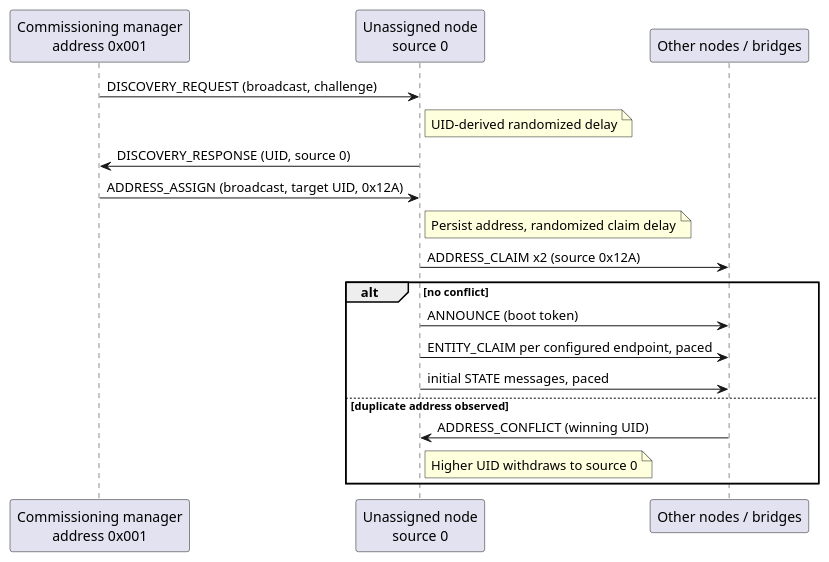
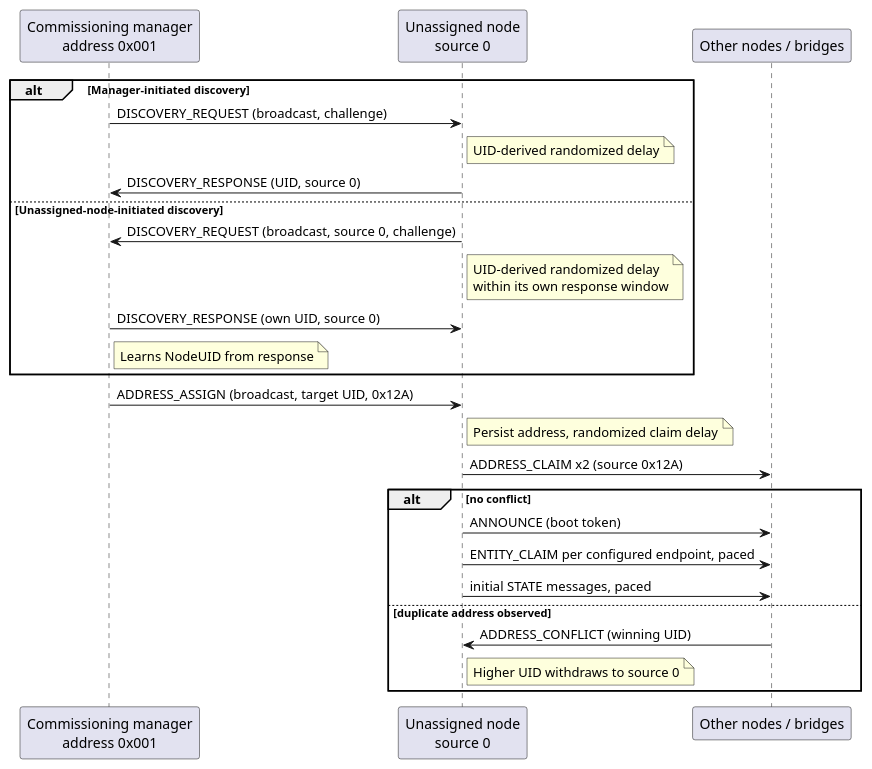
Before and after one commit to morbic/esphome-hacan: the diagram in docs/protocol/overview/commissioning.puml, drawn with PlantUML. The commit also changed 9 other files, not shown here.

First line of the commit message:
Allow unassigned nodes to initiate discovery with broadcast request

```diff
--- a/docs/protocol/overview/commissioning.puml
+++ b/docs/protocol/overview/commissioning.puml
@@ -1,22 +1,29 @@
 @startuml
 skinparam backgroundColor transparent
 
 participant "Commissioning manager\naddress 0x001" as manager
 participant "Unassigned node\nsource 0" as node
 participant "Other nodes / bridges" as peers
 
-manager -> node: DISCOVERY_REQUEST (broadcast, challenge)
-note right of node: UID-derived randomized delay
-node -> manager: DISCOVERY_RESPONSE (UID, source 0)
+alt Manager-initiated discovery
+  manager -> node: DISCOVERY_REQUEST (broadcast, challenge)
+  note right of node: UID-derived randomized delay
+  node -> manager: DISCOVERY_RESPONSE (UID, source 0)
+else Unassigned-node-initiated discovery
+  node -> manager: DISCOVERY_REQUEST (broadcast, source 0, challenge)
+  note right of node: UID-derived randomized delay\nwithin its own response window
+  node <- manager: DISCOVERY_RESPONSE (own UID, source 0)
+  note right of manager: Learns NodeUID from response
+end
 manager -> node: ADDRESS_ASSIGN (broadcast, target UID, 0x12A)
 note right of node: Persist address, randomized claim delay
 node -> peers: ADDRESS_CLAIM x2 (source 0x12A)
 alt no conflict
   node -> peers: ANNOUNCE (boot token)
   node -> peers: ENTITY_CLAIM per configured endpoint, paced
   node -> peers: initial STATE messages, paced
 else duplicate address observed
   peers -> node: ADDRESS_CONFLICT (winning UID)
   note right of node: Higher UID withdraws to source 0
 end
 @enduml
```
